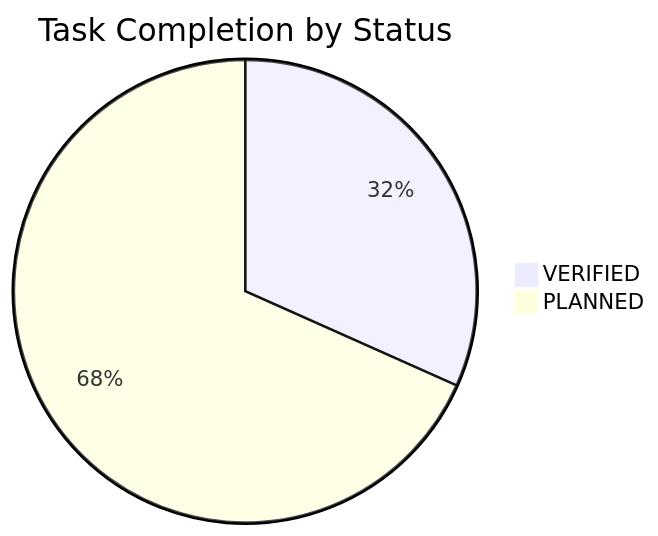
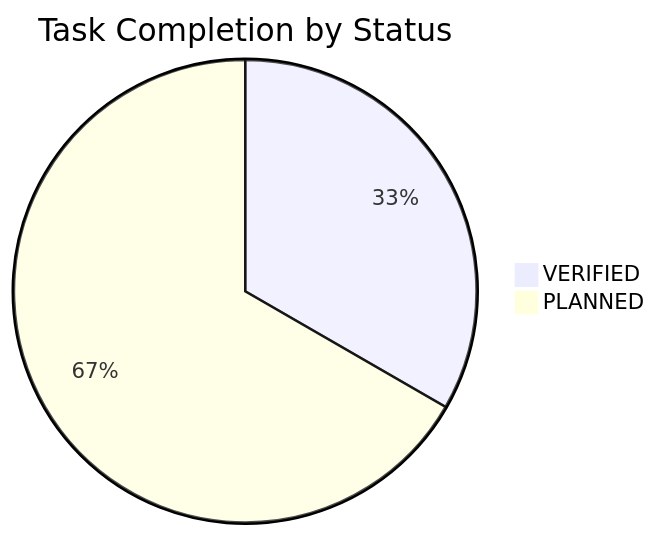
One commit to NguyenTriBaoThang/ClearWayAI changed the diagram in docs/TASK_BOARD.md. Above: the diagram before and after it, drawn with Mermaid. The commit also changed other lines of this file and 4 other files, not shown here.

````diff
--- a/docs/TASK_BOARD.md
+++ b/docs/TASK_BOARD.md
@@ -16,5 +16,5 @@
 ```mermaid
 pie title Task Completion by Status
-    "VERIFIED" : 19
-    "PLANNED" : 41
+    "VERIFIED" : 20
+    "PLANNED" : 40
 ```
````
